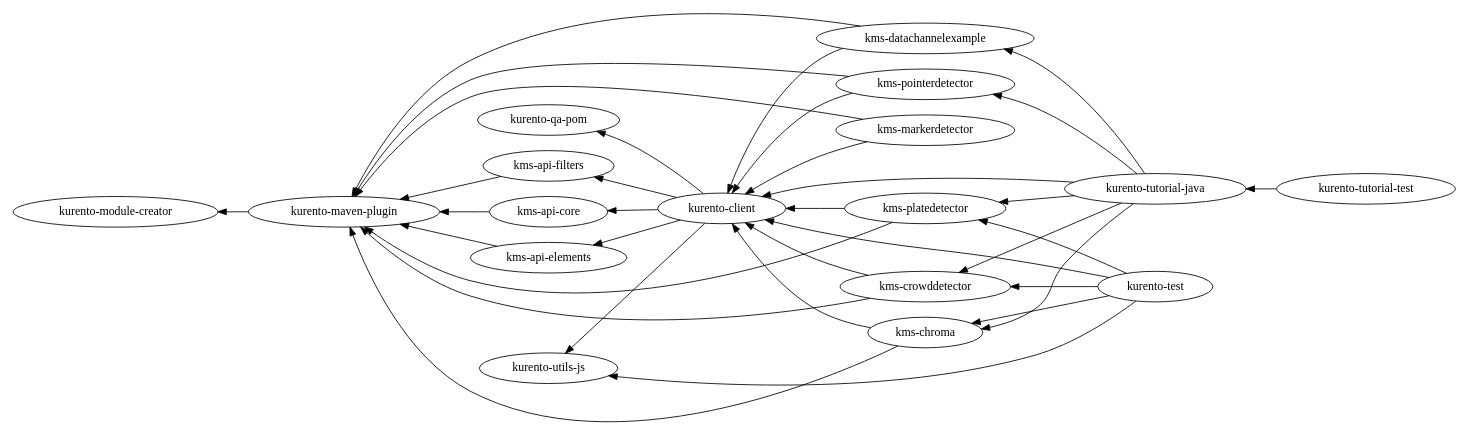
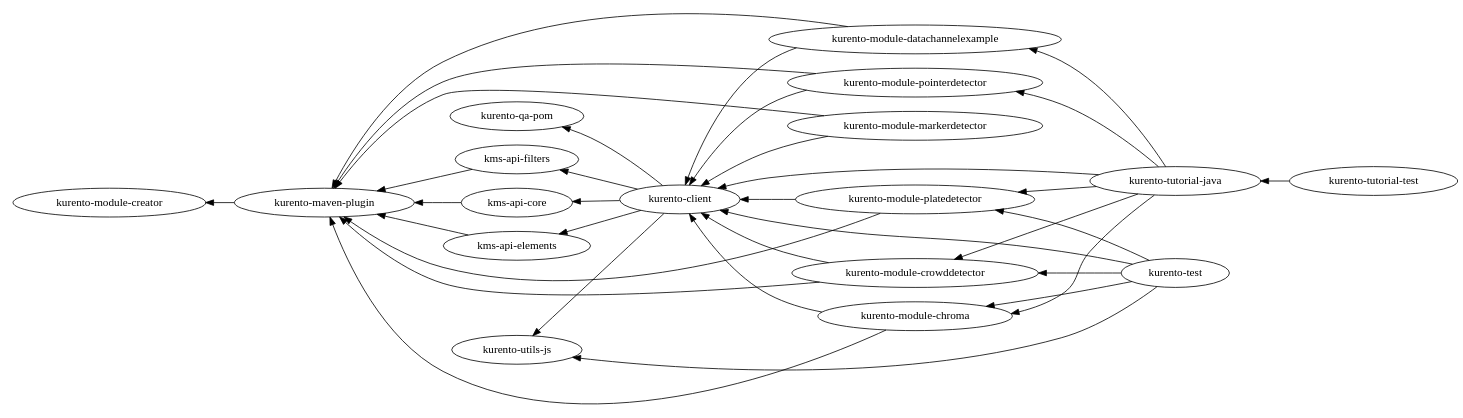
The diagram in doc-kurento/source/images/graphs/dependencies-java.dot (Kurento/kurento), drawn with Graphviz before and after one commit. The commit also changed 66 other files, not shown here.

```diff
--- a/doc-kurento/source/images/graphs/dependencies-java.dot
+++ b/doc-kurento/source/images/graphs/dependencies-java.dot
@@ -1,32 +1,33 @@
 digraph dependencies_all {
   bgcolor = "transparent";
   fontname = "Bitstream Vera Sans";
   fontsize = 8;
   size = "12,8";
 
   rankdir = "RL";
 
   "kurento-module-creator";
   "kurento-maven-plugin" -> "kurento-module-creator";
 
   "kms-api-core" -> {"kurento-maven-plugin"};
   "kms-api-elements" -> {"kurento-maven-plugin"};
   "kms-api-filters" -> {"kurento-maven-plugin"};
 
   "kurento-qa-pom";
   "kurento-utils-js";
 
   "kurento-client" -> {"kurento-qa-pom" "kurento-utils-js" "kms-api-core" "kms-api-elements" "kms-api-filters"};
 
-  "kms-chroma" -> {"kurento-maven-plugin" "kurento-client"};
-  "kms-crowddetector" -> {"kurento-maven-plugin" "kurento-client"};
-  "kms-datachannelexample" -> {"kurento-maven-plugin" "kurento-client"};
-  "kms-markerdetector" -> {"kurento-maven-plugin" "kurento-client"};
-  "kms-platedetector" -> {"kurento-maven-plugin" "kurento-client"};
-  "kms-pointerdetector" -> {"kurento-maven-plugin" "kurento-client"};
+  // Example plugins.
+  "kurento-module-chroma" -> {"kurento-maven-plugin" "kurento-client"};
+  "kurento-module-crowddetector" -> {"kurento-maven-plugin" "kurento-client"};
+  "kurento-module-datachannelexample" -> {"kurento-maven-plugin" "kurento-client"};
+  "kurento-module-markerdetector" -> {"kurento-maven-plugin" "kurento-client"};
+  "kurento-module-platedetector" -> {"kurento-maven-plugin" "kurento-client"};
+  "kurento-module-pointerdetector" -> {"kurento-maven-plugin" "kurento-client"};
 
-  "kurento-tutorial-java" -> {"kurento-client" "kms-chroma" "kms-crowddetector" "kms-datachannelexample" "kms-platedetector" "kms-pointerdetector"};
+  "kurento-tutorial-java" -> {"kurento-client" "kurento-module-chroma" "kurento-module-crowddetector" "kurento-module-datachannelexample" "kurento-module-platedetector" "kurento-module-pointerdetector"};
   "kurento-tutorial-test" -> "kurento-tutorial-java";
 
-  "kurento-test" -> {"kurento-client" "kurento-client" "kurento-utils-js" "kms-chroma" "kms-crowddetector" "kms-platedetector"};
+  "kurento-test" -> {"kurento-client" "kurento-client" "kurento-utils-js" "kurento-module-chroma" "kurento-module-crowddetector" "kurento-module-platedetector"};
 }
```
